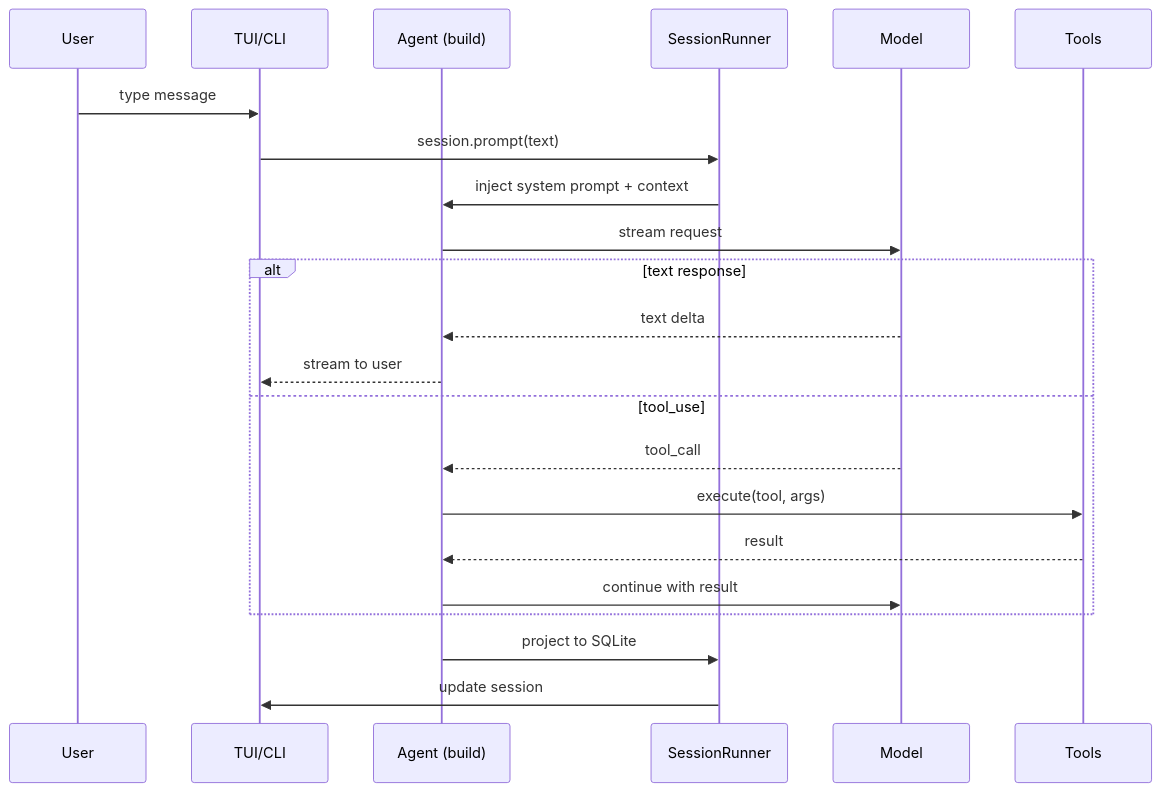
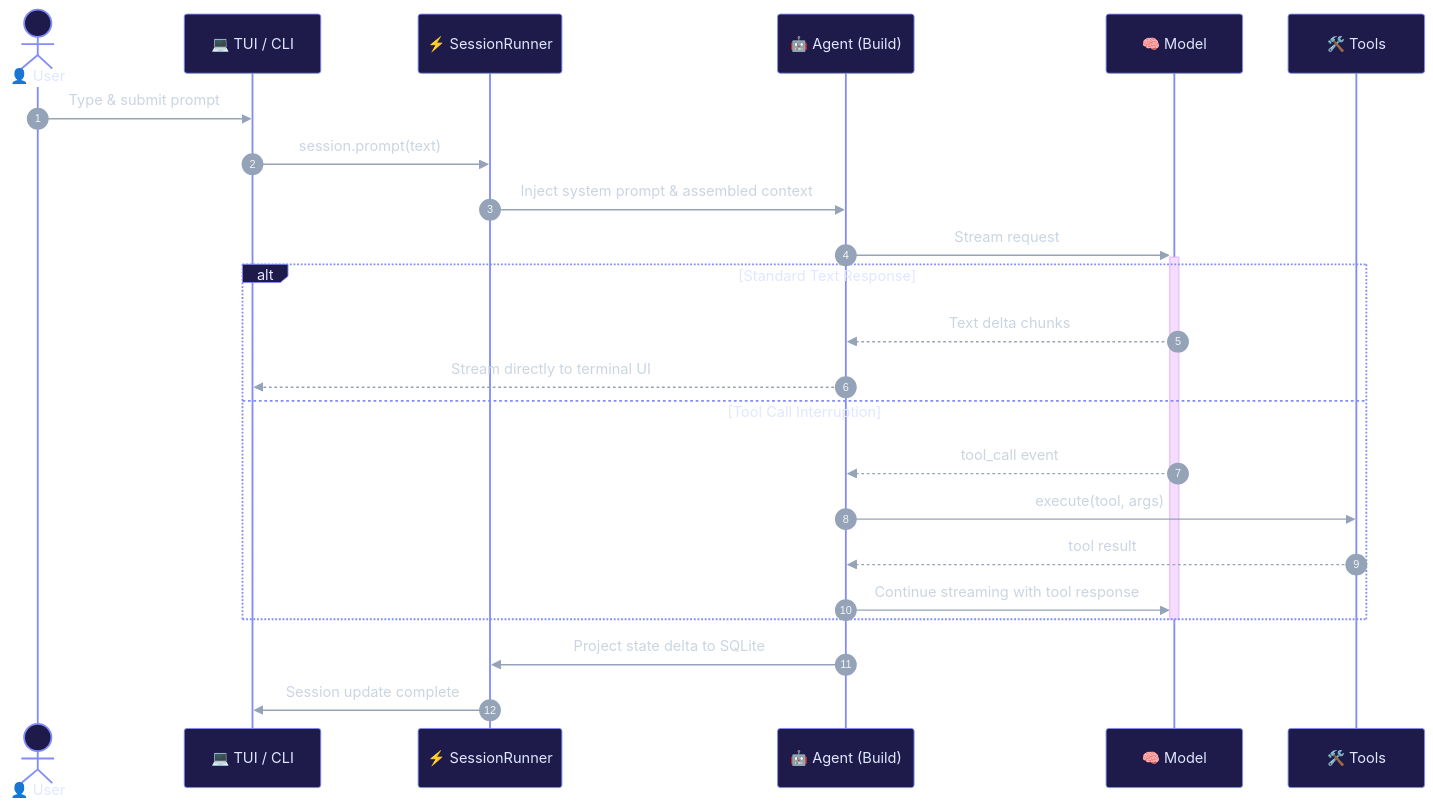
Before and after one commit to netplug-me/urban-octo-nerd: diagram 20 of 21 in opencode-v2-internal-flowcharts.md, drawn with Mermaid. The commit also changed other lines of this file, not shown here.

````diff
--- a/opencode-v2-internal-flowcharts.md
+++ b/opencode-v2-internal-flowcharts.md
@@ -640,25 +744,28 @@
 ```mermaid
+%%{init: {'theme': 'base', 'themeVariables': { 'fontFamily': 'Fira Code, monospace', 'fontSize': '12px', 'darkMode': true, 'actorBkg': '#1e1b4b', 'actorBorder': '#818cf8', 'actorTextColor': '#e0e7ff', 'signalColor': '#94a3b8', 'signalTextColor': '#cbd5e1', 'noteBkgColor': '#1e293b', 'noteTextColor': '#38bdf8', 'noteBorderColor': '#0284c7'}}}%%
 sequenceDiagram
-    participant U as User
-    participant T as TUI/CLI
-    participant A as Agent (build)
-    participant S as SessionRunner
-    participant M as Model
-    participant TL as Tools
+    autonumber
+    actor U as 👤 User
+    participant T as 💻 TUI / CLI
+    participant S as ⚡ SessionRunner
+    participant A as 🤖 Agent (Build)
+    participant M as 🧠 Model
+    participant TL as 🛠️ Tools
 
-    U->>T: type message
+    U->>T: Type & submit prompt
     T->>S: session.prompt(text)
-    S->>A: inject system prompt + context
-    A->>M: stream request
-    alt text response
-        M-->>A: text delta
-        A-->>T: stream to user
-    else tool_use
-        M-->>A: tool_call
+    S->>A: Inject system prompt & assembled context
+    A->>+M: Stream request
+    alt Standard Text Response
+        M-->>A: Text delta chunks
+        A-->>T: Stream directly to terminal UI
+    else Tool Call Interruption
+        M-->>A: tool_call event
         A->>TL: execute(tool, args)
-        TL-->>A: result
-        A->>M: continue with result
+        TL-->>A: tool result
+        A->>M: Continue streaming with tool response
     end
-    A->>S: project to SQLite
-    S->>T: update session
+    deactivate M
+    A->>S: Project state delta to SQLite
+    S->>T: Session update complete
 ```
````
